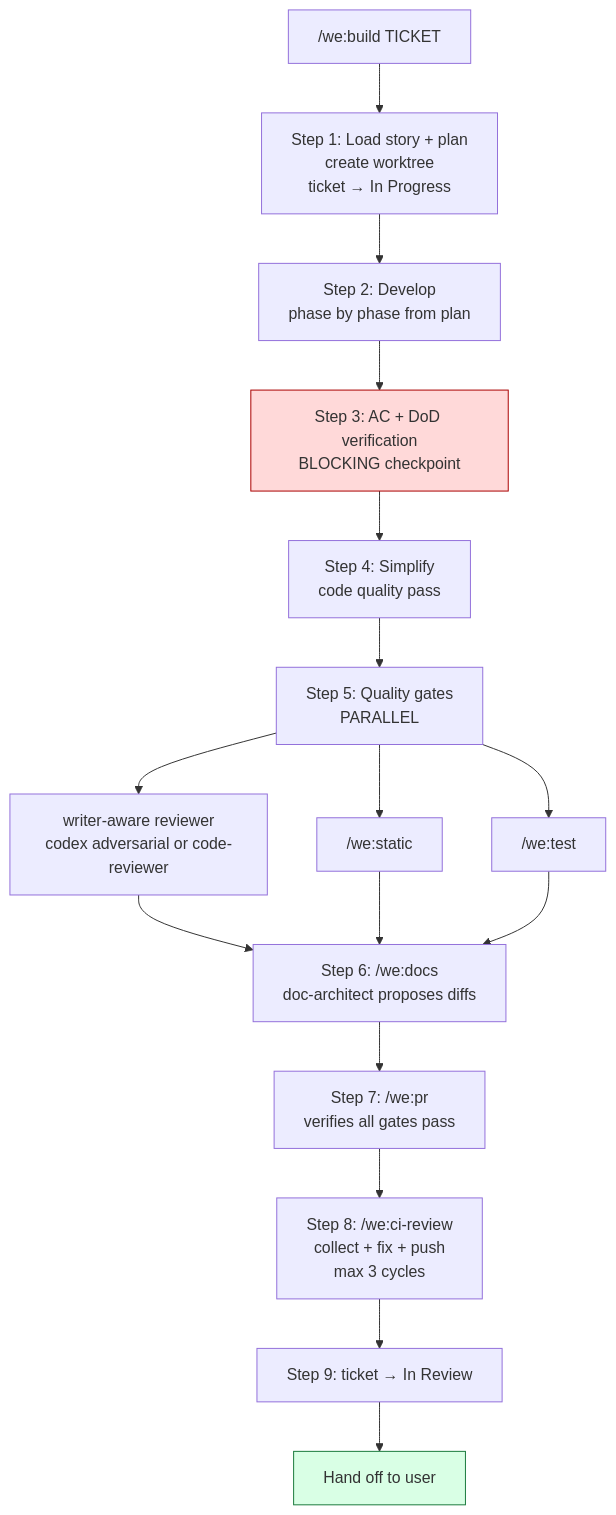
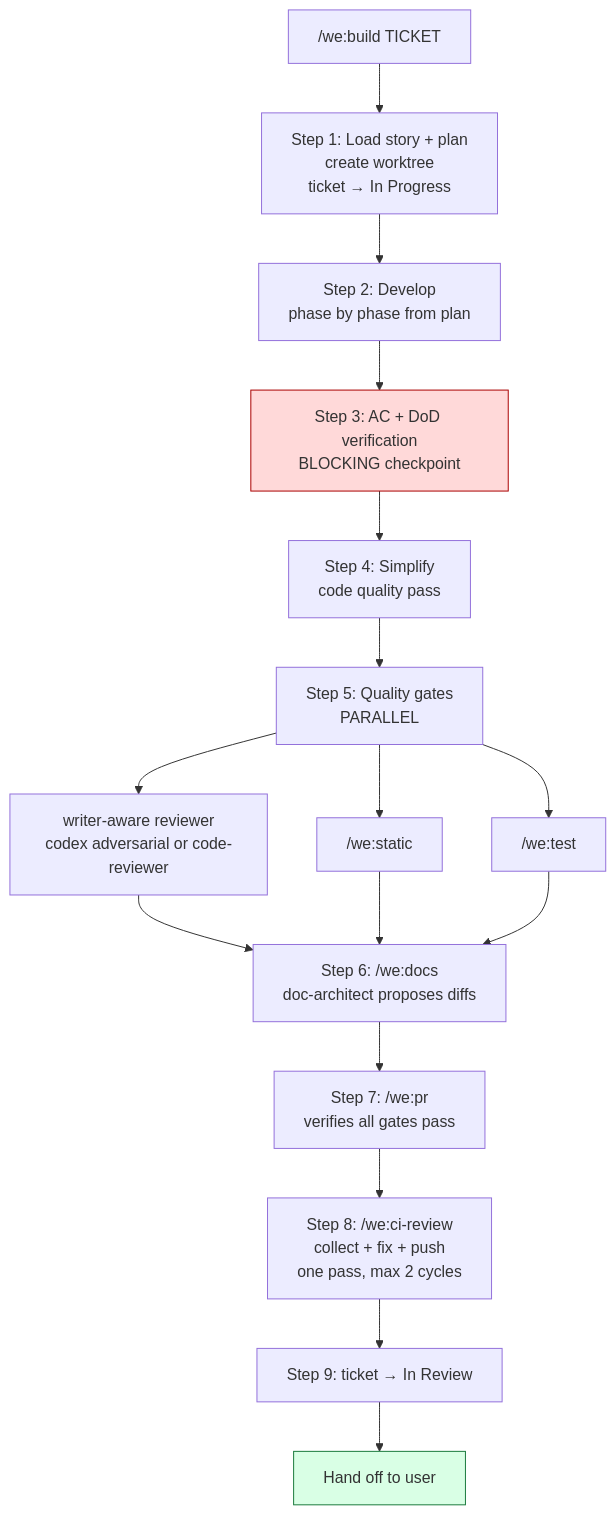
One commit to weside-ai/claude-code-plugin changed the second of 4 diagrams in docs/workflow.md. Above: the diagram before and after it, drawn with Mermaid. The commit also changed other lines of this file and 10 other files, not shown here.

````diff
--- a/docs/workflow.md
+++ b/docs/workflow.md
@@ -81,19 +81,19 @@
 ```mermaid
 flowchart TB
     Start["/we:build TICKET"] --> DoR[Step 1: Load story + plan<br/>create worktree<br/>ticket → In Progress]
     DoR --> Dev[Step 2: Develop<br/>phase by phase from plan]
     Dev --> AC[Step 3: AC + DoD verification<br/>BLOCKING checkpoint]
     AC --> Simp[Step 4: Simplify<br/>code quality pass]
     Simp --> Gates[Step 5: Quality gates<br/>PARALLEL]
     Gates --> Review["writer-aware reviewer<br/>codex adversarial or code-reviewer"]
     Gates --> Static["/we:static"]
     Gates --> Test["/we:test"]
     Review & Static & Test --> Docs[Step 6: /we:docs<br/>doc-architect proposes diffs]
     Docs --> PR[Step 7: /we:pr<br/>verifies all gates pass]
-    PR --> CI[Step 8: /we:ci-review<br/>collect + fix + push<br/>max 3 cycles]
+    PR --> CI[Step 8: /we:ci-review<br/>collect + fix + push<br/>one pass, max 2 cycles]
     CI --> Verify[Step 9: ticket → In Review]
     Verify --> Hand[Hand off to user]
 
     style AC fill:#ffd9d9,stroke:#aa0000
     style Hand fill:#d9ffe5,stroke:#1a7a3c
 ```
````
